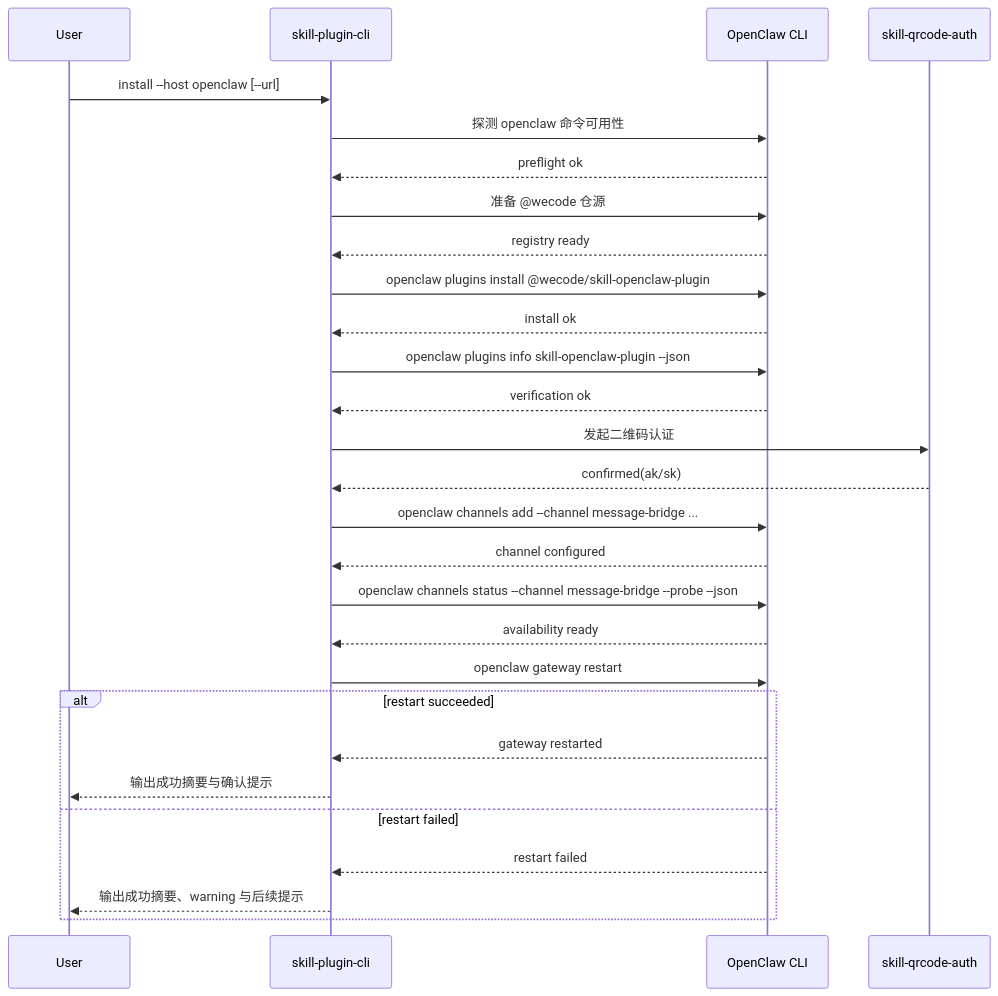
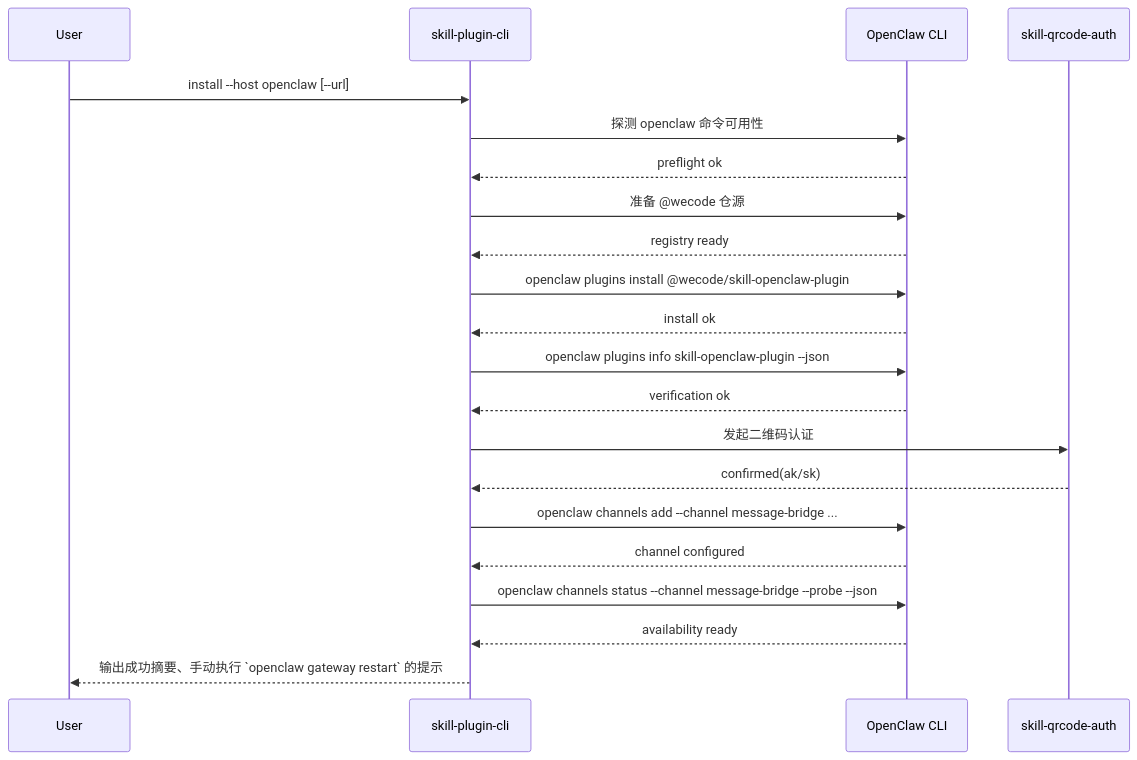
Before and after one commit to yuzhangCZ/agent-plugin: the fourth of 5 diagrams in docs/design/skill-plugin-cli-solution.md, drawn with Mermaid. The commit also changed other lines of this file and 16 other files, not shown here.

````diff
--- a/docs/design/skill-plugin-cli-solution.md
+++ b/docs/design/skill-plugin-cli-solution.md
@@ -611,31 +609,24 @@
 ```mermaid
 sequenceDiagram
   participant U as User
   participant CLI as skill-plugin-cli
   participant OC as OpenClaw CLI
   participant Auth as skill-qrcode-auth
 
   U->>CLI: install --host openclaw [--url]
   CLI->>OC: 探测 openclaw 命令可用性
   OC-->>CLI: preflight ok
   CLI->>OC: 准备 @wecode 仓源
   OC-->>CLI: registry ready
   CLI->>OC: openclaw plugins install @wecode/skill-openclaw-plugin
   OC-->>CLI: install ok
   CLI->>OC: openclaw plugins info skill-openclaw-plugin --json
   OC-->>CLI: verification ok
   CLI->>Auth: 发起二维码认证
   Auth-->>CLI: confirmed(ak/sk)
   CLI->>OC: openclaw channels add --channel message-bridge ...
   OC-->>CLI: channel configured
   CLI->>OC: openclaw channels status --channel message-bridge --probe --json
   OC-->>CLI: availability ready
-  CLI->>OC: openclaw gateway restart
-  alt restart succeeded
-    OC-->>CLI: gateway restarted
-    CLI-->>U: 输出成功摘要与确认提示
-  else restart failed
-    OC-->>CLI: restart failed
-    CLI-->>U: 输出成功摘要、warning 与后续提示
-  end
+  CLI-->>U: 输出成功摘要、手动执行 `openclaw gateway restart` 的提示
 ```
````
